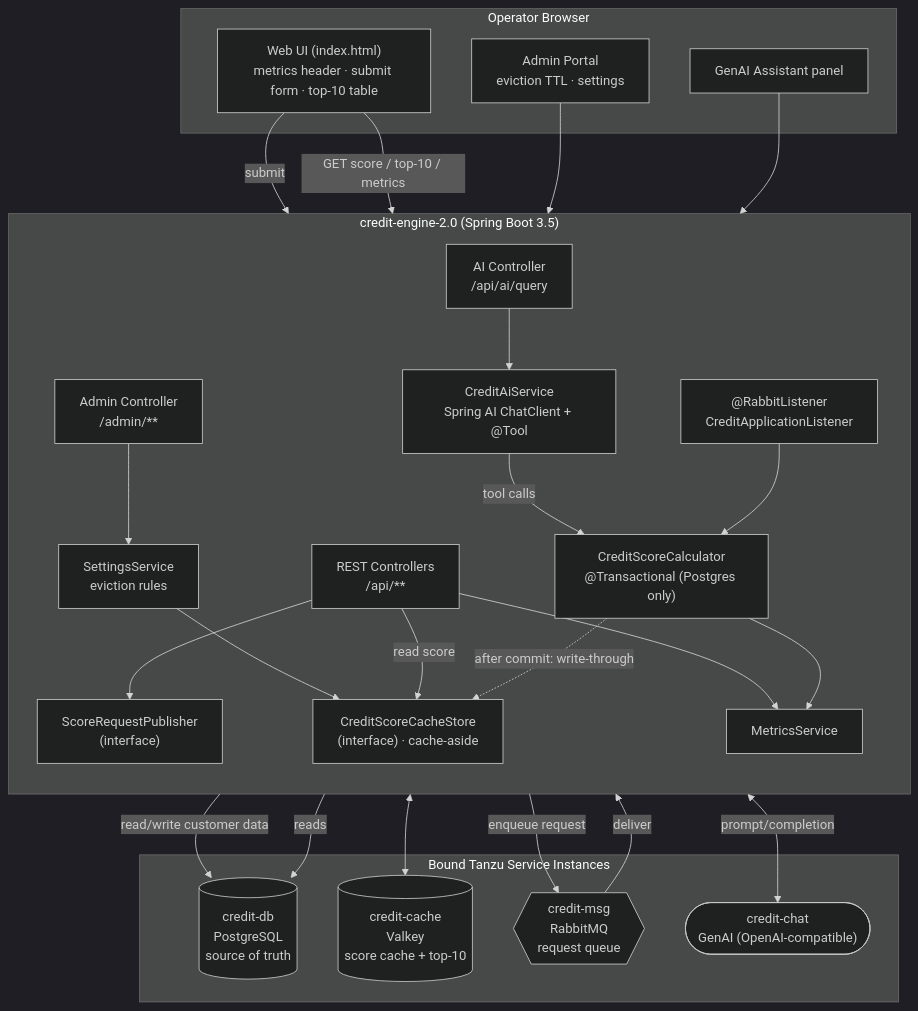
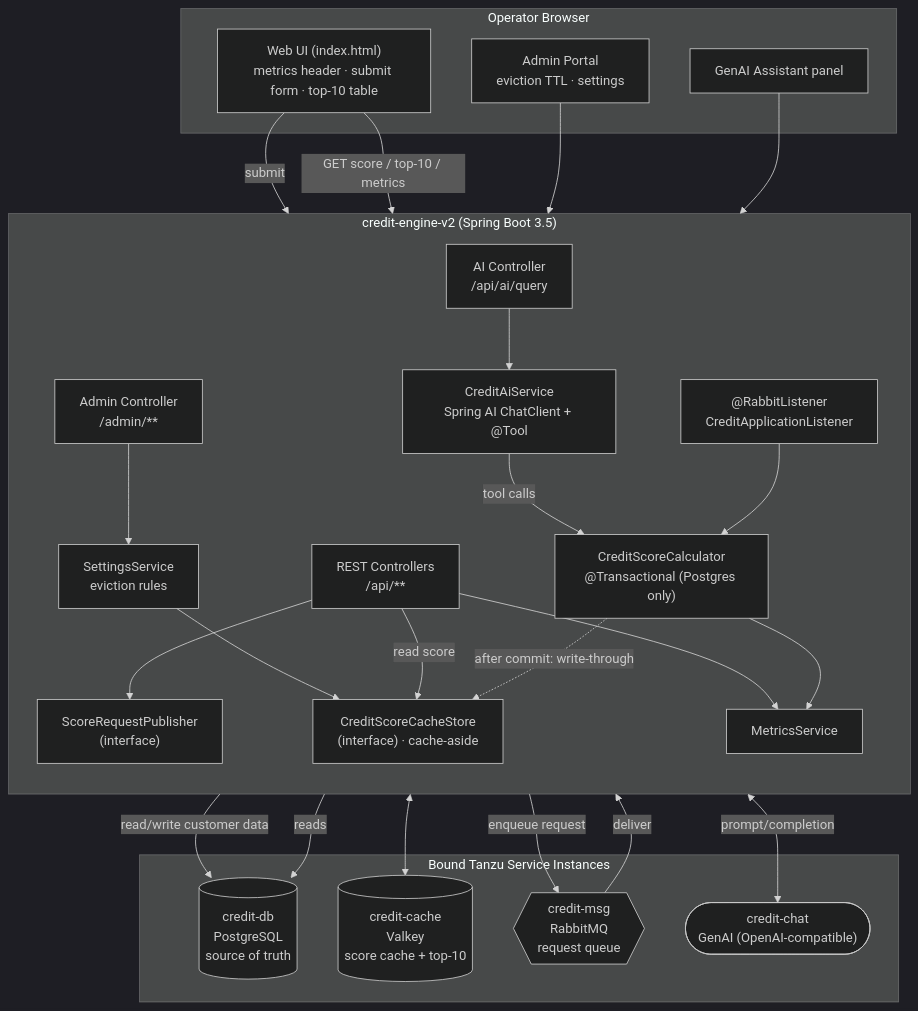
Before and after one commit to pvladMQ/credit-engine-2.0: the first of 3 diagrams in README.md, drawn with Mermaid (dark theme). The commit also changed other lines of this file and 12 other files, not shown here.

First line of the commit message:
Rename app to Credit Engine v2 / credit-engine-v2 (avoid dot in CF app name)

````diff
--- a/README.md
+++ b/README.md
@@ -32,53 +32,53 @@
 ```mermaid
 flowchart TD
     subgraph Browser["Operator Browser"]
         UI["Web UI (index.html)<br/>metrics header · submit form · top-10 table"]
         ADMIN["Admin Portal<br/>eviction TTL · settings"]
         CHAT["GenAI Assistant panel"]
     end
 
-    subgraph App["credit-engine-2.0 (Spring Boot 3.5)"]
+    subgraph App["credit-engine-v2 (Spring Boot 3.5)"]
         direction TB
         CTRL["REST Controllers<br/>/api/**"]
         ADMINCTRL["Admin Controller<br/>/admin/**"]
         AICTRL["AI Controller<br/>/api/ai/query"]
         PUB["ScoreRequestPublisher<br/>(interface)"]
         LST["@RabbitListener<br/>CreditApplicationListener"]
         CALC["CreditScoreCalculator<br/>@Transactional (Postgres only)"]
         CACHE["CreditScoreCacheStore<br/>(interface) · cache-aside"]
         AISVC["CreditAiService<br/>Spring AI ChatClient + @Tool"]
         SET["SettingsService<br/>eviction rules"]
         MET["MetricsService"]
     end
 
     subgraph Services["Bound Tanzu Service Instances"]
         PG[("credit-db<br/>PostgreSQL<br/>source of truth")]
         VK[("credit-cache<br/>Valkey<br/>score cache + top-10")]
         MQ{{"credit-msg<br/>RabbitMQ<br/>request queue"}}
         AI(["credit-chat<br/>GenAI (OpenAI-compatible)"])
     end
 
     UI -->|submit| CTRL
     UI -->|GET score / top-10 / metrics| CTRL
     ADMIN --> ADMINCTRL
     CHAT --> AICTRL
 
     CTRL --> PUB
     PUB -->|enqueue request| MQ
     MQ -->|deliver| LST
     LST --> CALC
     CALC -->|read/write customer data| PG
     CALC -.->|after commit: write-through| CACHE
     CACHE <--> VK
 
     CTRL -->|read score| CACHE
     AICTRL --> AISVC
     AISVC -->|tool calls| CALC
     AISVC -->|reads| PG
     AISVC <-->|prompt/completion| AI
 
     ADMINCTRL --> SET
     SET --> CACHE
     CALC --> MET
     CTRL --> MET
 ```
````
